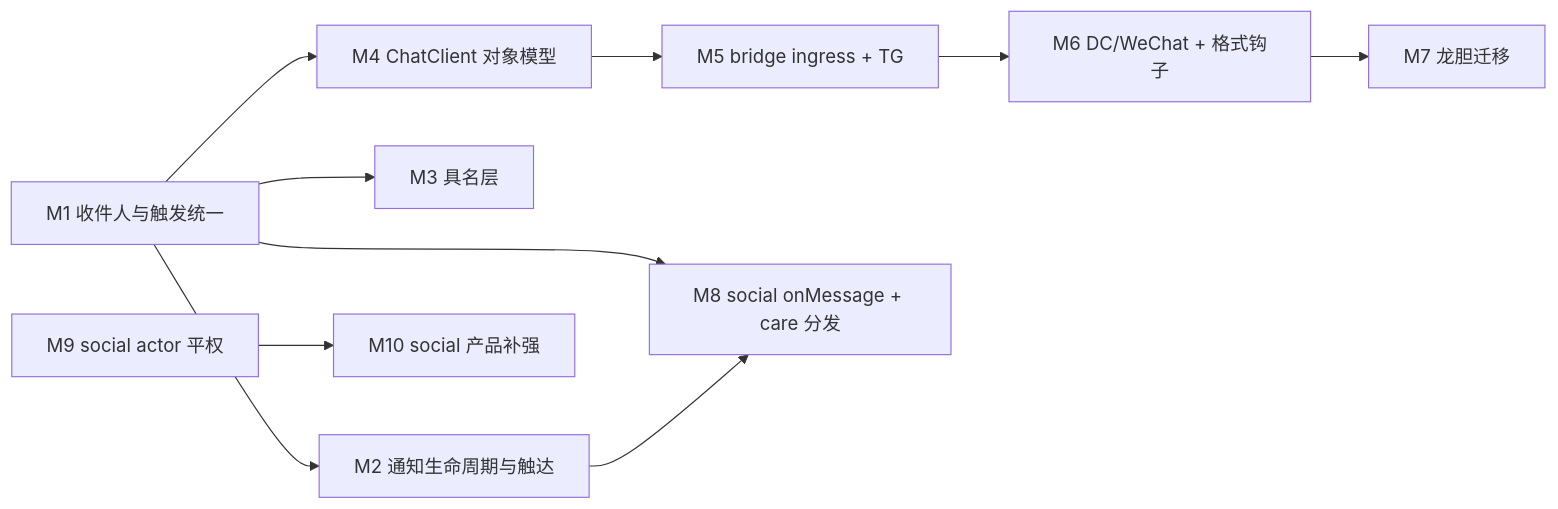
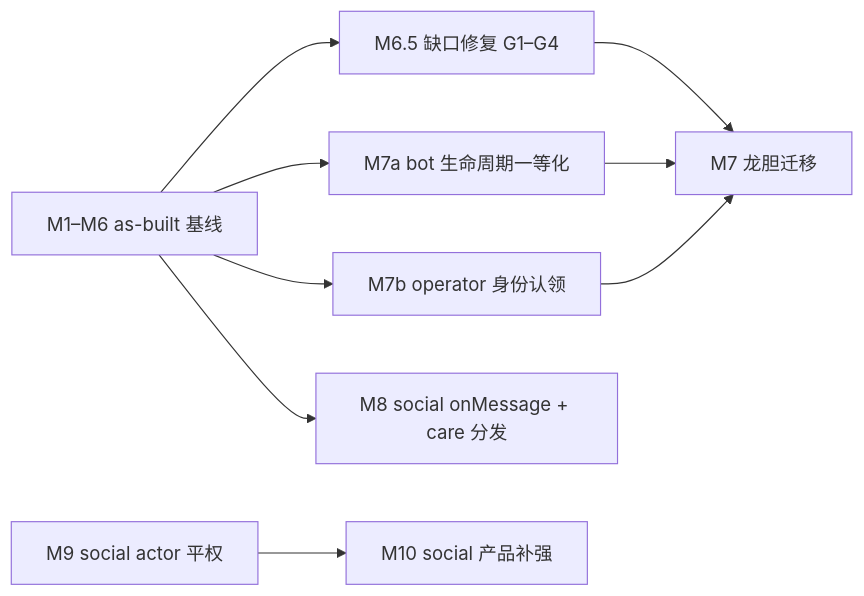
One commit to steve02081504/fount changed the diagram in docs/design/chat-social-dev-plan.md. Above: the diagram before and after it, drawn with Mermaid. The commit also changed other lines of this file and 1 other file, not shown here.

````diff
--- a/docs/design/chat-social-dev-plan.md
+++ b/docs/design/chat-social-dev-plan.md
@@ -794,13 +470,11 @@
 ```mermaid
 graph LR
-  M1[M1 收件人与触发统一] --> M2[M2 通知生命周期与触达]
-  M1 --> M3[M3 具名层]
-  M1 --> M4[M4 ChatClient 对象模型]
-  M4 --> M5[M5 bridge ingress + TG]
-  M5 --> M6[M6 DC/WeChat + 格式钩子]
-  M6 --> M7[M7 龙胆迁移]
-  M1 --> M8[M8 social onMessage + care 分发]
-  M2 --> M8
-  M9[M9 social actor 平权]
-  M9 --> M10[M10 social 产品补强]
+  BASE[M1–M6 as-built 基线] --> G[M6.5 缺口修复 G1–G4]
+  BASE --> M7a[M7a bot 生命周期一等化]
+  BASE --> M7b[M7b operator 身份认领]
+  G --> M7[M7 龙胆迁移]
+  M7a --> M7
+  M7b --> M7
+  BASE --> M8[M8 social onMessage + care 分发]
+  M9[M9 social actor 平权] --> M10[M10 social 产品补强]
 ```
````
